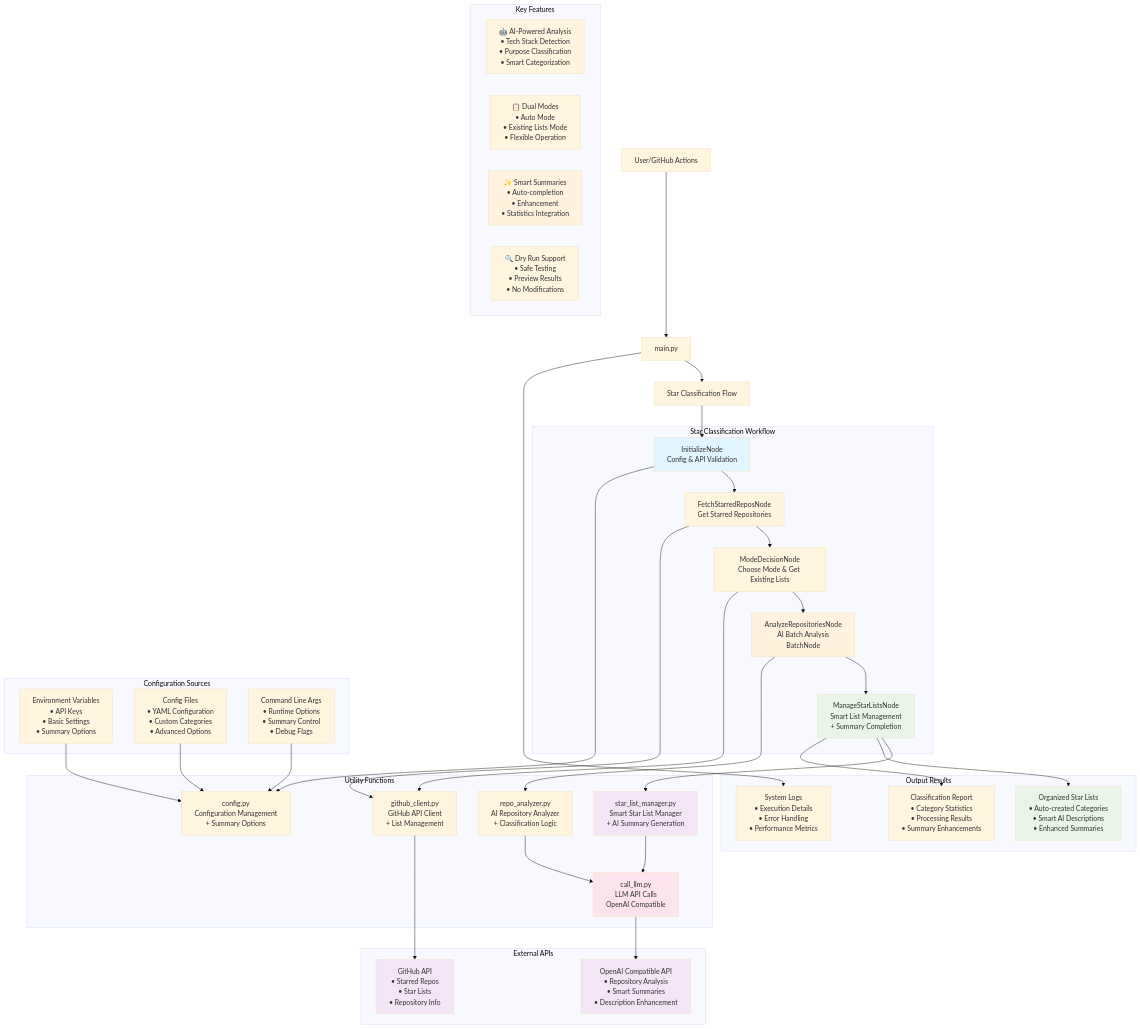
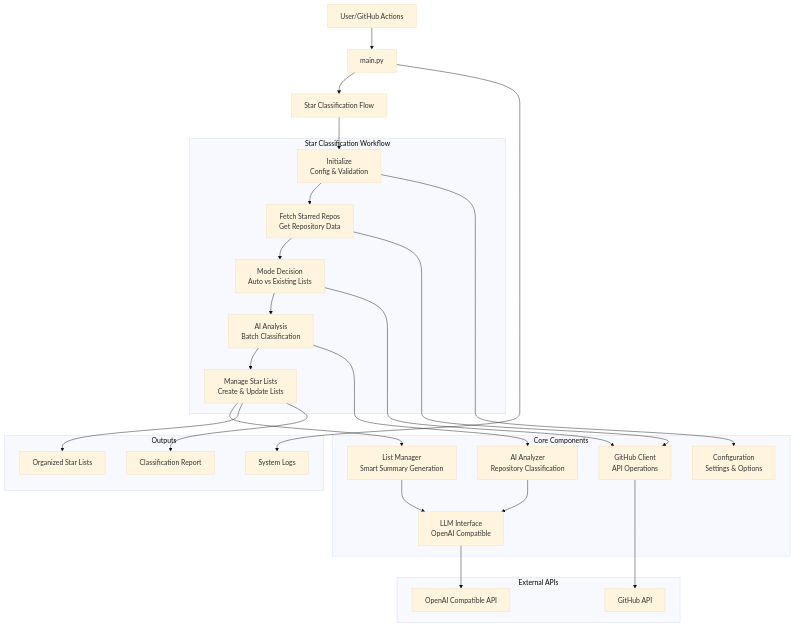
One commit to LuYanFCP/star-tidy changed the diagram in README.md. Above: the diagram before and after it, drawn with Mermaid (base theme). The commit also changed other lines of this file, not shown here.

Commit message:
docs: tidy README

````diff
--- a/README.md
+++ b/README.md
@@ -230,75 +9,48 @@
 ```mermaid
 flowchart TD
     A[User/GitHub Actions] --> B[main.py]
     B --> C[Star Classification Flow]
     
     subgraph Flow["Star Classification Workflow"]
-        D[InitializeNode<br/>Config & API Validation] --> E[FetchStarredReposNode<br/>Get Starred Repositories]
-        E --> F[ModeDecisionNode<br/>Choose Mode & Get Existing Lists]
-        F --> G[AnalyzeRepositoriesNode<br/>AI Batch Analysis<br/>BatchNode]
-        G --> H[ManageStarListsNode<br/>Smart List Management<br/>+ Summary Completion]
+        D[Initialize<br/>Config & Validation] --> E[Fetch Starred Repos<br/>Get Repository Data]
+        E --> F[Mode Decision<br/>Auto vs Existing Lists]
+        F --> G[AI Analysis<br/>Batch Classification]
+        G --> H[Manage Star Lists<br/>Create & Update Lists]
     end
     
     C --> D
     
-    subgraph Utils["Utility Functions"]
-        I[config.py<br/>Configuration Management<br/>+ Summary Options]
-        J[github_client.py<br/>GitHub API Client<br/>+ List Management]
-        K[repo_analyzer.py<br/>AI Repository Analyzer<br/>+ Classification Logic]
-        L[star_list_manager.py<br/>Smart Star List Manager<br/>+ AI Summary Generation]
-        M[call_llm.py<br/>LLM API Calls<br/>OpenAI Compatible]
+    subgraph Utils["Core Components"]
+        I[Configuration<br/>Settings & Options]
+        J[GitHub Client<br/>API Operations]
+        K[AI Analyzer<br/>Repository Classification]
+        L[List Manager<br/>Smart Summary Generation]
+        M[LLM Interface<br/>OpenAI Compatible]
     end
     
     D --> I
     E --> J
     F --> J
     G --> K
     H --> L
     K --> M
     L --> M
     
     subgraph External["External APIs"]
-        N[GitHub API<br/>• Starred Repos<br/>• Star Lists<br/>• Repository Info]
-        O[OpenAI Compatible API<br/>• Repository Analysis<br/>• Smart Summaries<br/>• Description Enhancement]
+        N[GitHub API]
+        O[OpenAI Compatible API]
     end
     
     J --> N
     M --> O
     
-    subgraph Results["Output Results"]
-        P[Organized Star Lists<br/>• Auto-created Categories<br/>• Smart AI Descriptions<br/>• Enhanced Summaries]
-        Q[Classification Report<br/>• Category Statistics<br/>• Processing Results<br/>• Summary Enhancements]
-        R[System Logs<br/>• Execution Details<br/>• Error Handling<br/>• Performance Metrics]
+    subgraph Results["Outputs"]
+        P[Organized Star Lists]
+        Q[Classification Report]
+        R[System Logs]
     end
     
     H --> P
     H --> Q
     B --> R
-    
-    subgraph Config["Configuration Sources"]
-        S[Environment Variables<br/>• API Keys<br/>• Basic Settings<br/>• Summary Options]
-        T[Config Files<br/>• YAML Configuration<br/>• Custom Categories<br/>• Advanced Options]
-        U[Command Line Args<br/>• Runtime Options<br/>• Summary Control<br/>• Debug Flags]
-    end
-    
-    S --> I
-    T --> I
-    U --> I
-    
-    subgraph Features["Key Features"]
-        V[🤖 AI-Powered Analysis<br/>• Tech Stack Detection<br/>• Purpose Classification<br/>• Smart Categorization]
-        W[📋 Dual Modes<br/>• Auto Mode<br/>• Existing Lists Mode<br/>• Flexible Operation]
-        X[✨ Smart Summaries<br/>• Auto-completion<br/>• Enhancement<br/>• Statistics Integration]
-        Y[🔍 Dry Run Support<br/>• Safe Testing<br/>• Preview Results<br/>• No Modifications]
-    end
-    
-    style D fill:#e1f5fe
-    style G fill:#fff3e0
-    style H fill:#e8f5e8
-    style L fill:#f3e5f5
-    style M fill:#fce4ec
-    style N fill:#f3e5f5
-    style O fill:#f3e5f5
-    style P fill:#e8f5e8
-    style X fill:#fff3e0
 ```
````
